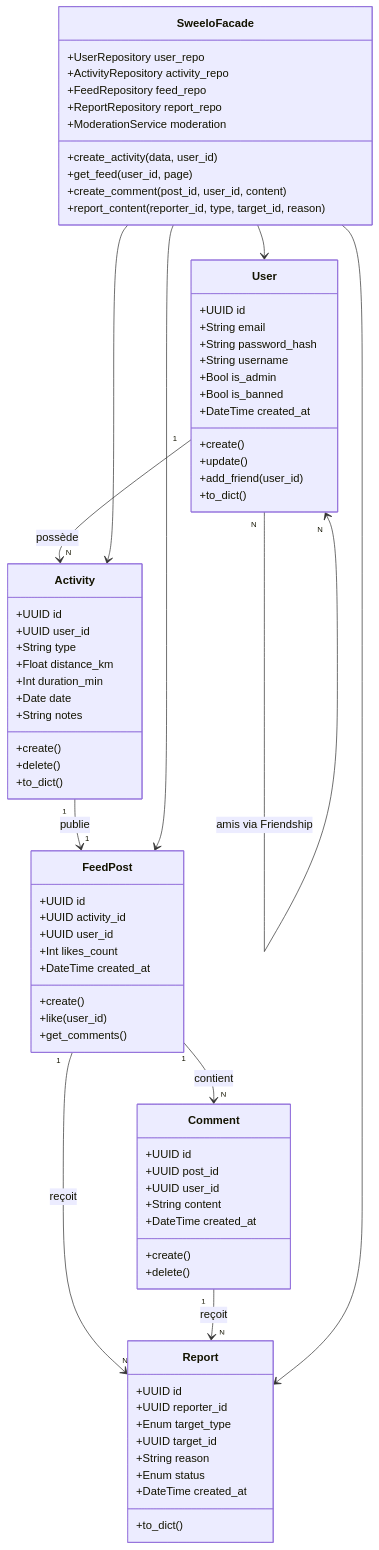
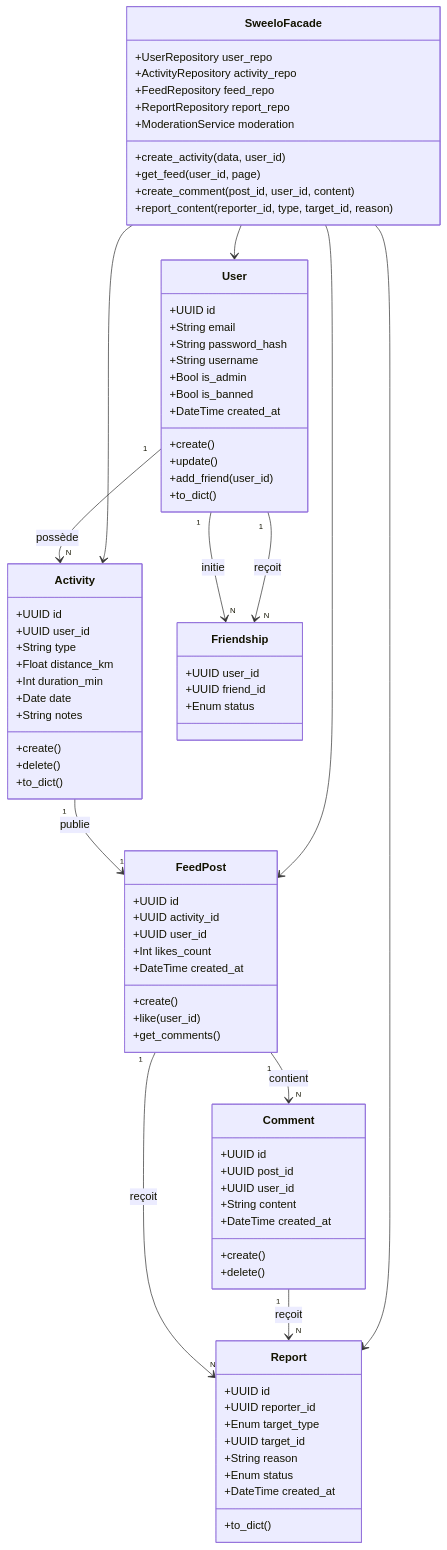
The second of 9 diagrams in FR-README.md (arthurmoulard/Sweelo_APP), drawn with Mermaid before and after one commit. The commit also changed 1 other file, not shown here.

Commit message:
fix : update the readme with modify diagrams

```diff
--- a/FR-README.md
+++ b/FR-README.md
@@ -195,7 +195,7 @@
         +add_friend(user_id)
         +to_dict()
     }
-
+ 
     class Activity {
         +UUID id
         +UUID user_id
@@ -208,7 +208,7 @@
         +delete()
         +to_dict()
     }
-
+ 
     class FeedPost {
         +UUID id
         +UUID activity_id
@@ -219,7 +219,7 @@
         +like(user_id)
         +get_comments()
     }
-
+ 
     class Comment {
         +UUID id
         +UUID post_id
@@ -229,7 +229,7 @@
         +create()
         +delete()
     }
-
+ 
     class Report {
         +UUID id
         +UUID reporter_id
@@ -240,7 +240,13 @@
         +DateTime created_at
         +to_dict()
     }
-
+ 
+    class Friendship {
+        +UUID user_id
+        +UUID friend_id
+        +Enum status
+    }
+ 
     class SweeloFacade {
         +UserRepository user_repo
         +ActivityRepository activity_repo
@@ -252,9 +258,10 @@
         +create_comment(post_id, user_id, content)
         +report_content(reporter_id, type, target_id, reason)
     }
-
+ 
     User "1" --> "N" Activity : possède
-    User "N" --> "N" User : amis via Friendship
+    User "1" --> "N" Friendship : initie
+    User "1" --> "N" Friendship : reçoit
     Activity "1" --> "1" FeedPost : publie
     FeedPost "1" --> "N" Comment : contient
     FeedPost "1" --> "N" Report : reçoit
```
